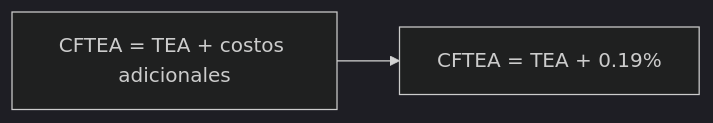
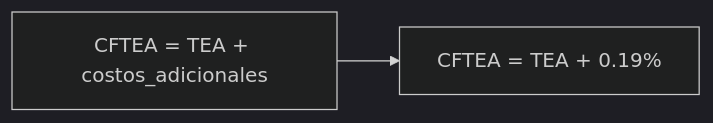
The sixth of 14 diagrams in formulas/README.md (santiagoblanco22/calculator_dayana), drawn with Mermaid (dark theme) before and after one commit. The commit also changed other lines of this file and 3 other files, not shown here.

````diff
--- a/formulas/README.md
+++ b/formulas/README.md
@@ -140,4 +140,4 @@
 ```mermaid
 graph LR
-    A[CFTEA = TEA + costos adicionales] --> B[CFTEA = TEA + 0.19%]
+    A["CFTEA = TEA + costos_adicionales"] --> B["CFTEA = TEA + 0.19%"]
 ```
````
